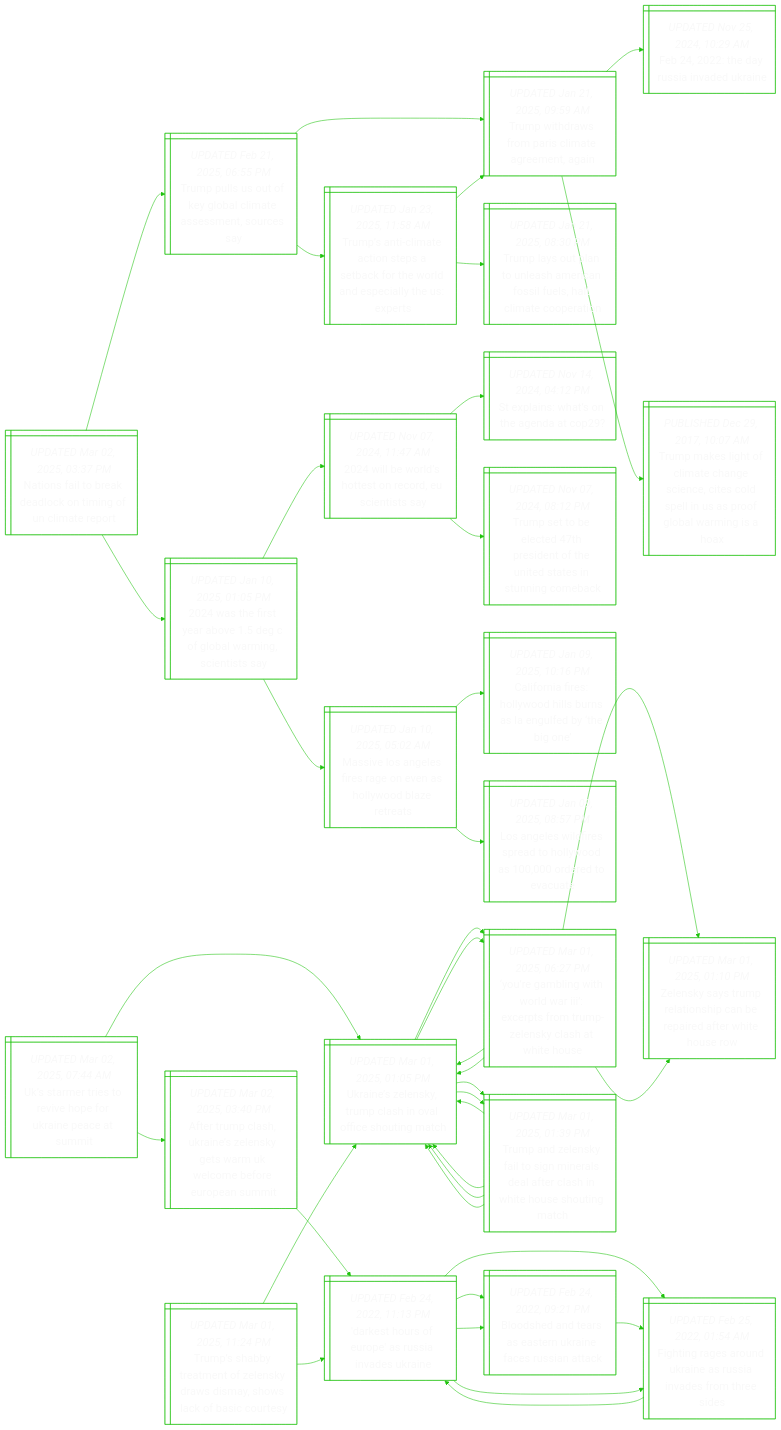
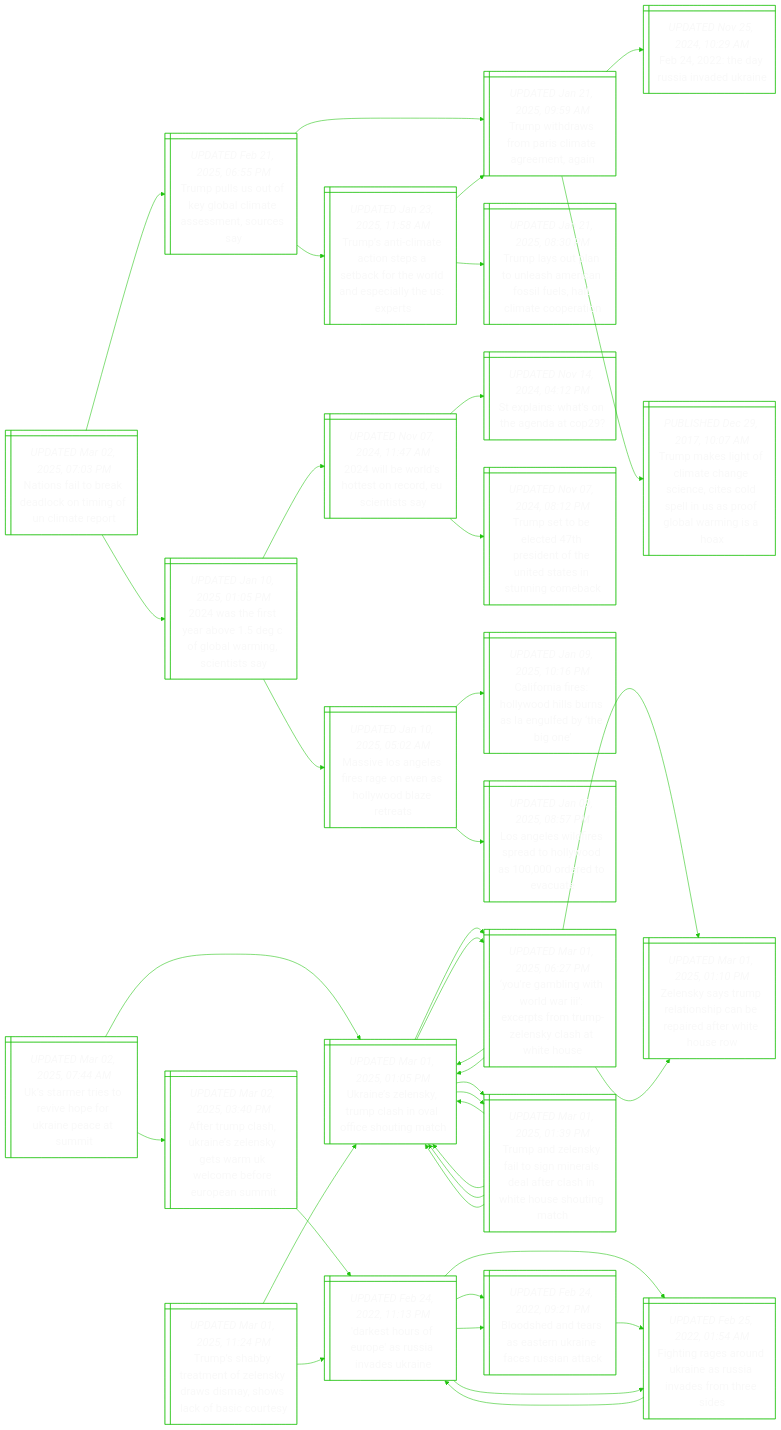
Before and after one commit to notJmes/notJmes: the diagram in README.md, drawn with Mermaid. The commit also changed other lines of this file, not shown here.

```diff
--- a/README.md
+++ b/README.md
@@ -16,7 +16,7 @@
 flowchart LR
 classDef txtsize font-size:20px;
 
-Nnleakmfirt@{ shape: win-pane, label: "_UPDATED Mar 02, 2025, 03:37 PM_
+Nnleakmfirt@{ shape: win-pane, label: "_UPDATED Mar 02, 2025, 07:03 PM_
 Nations fail to break deadlock on timing of un climate report" }
 TpUoglaseus@{ shape: win-pane, label: "_UPDATED Feb 21, 2025, 06:55 PM_
 Trump pulls us out of key global climate assessment, sources say" }
```
